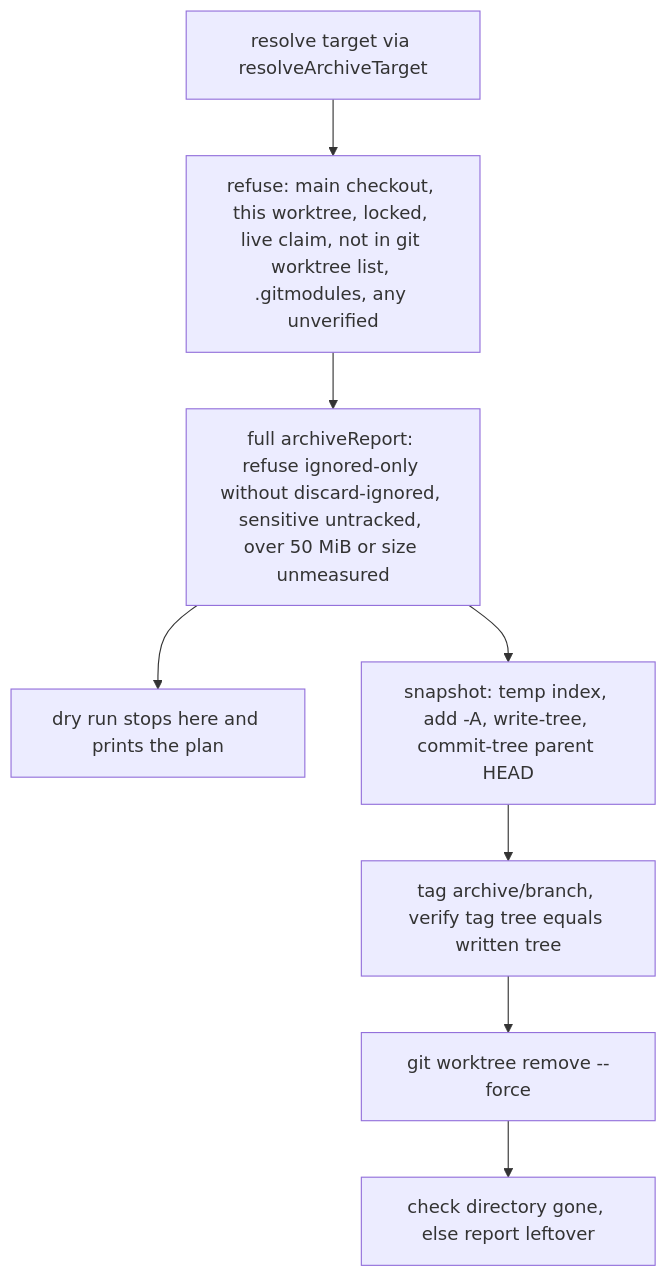
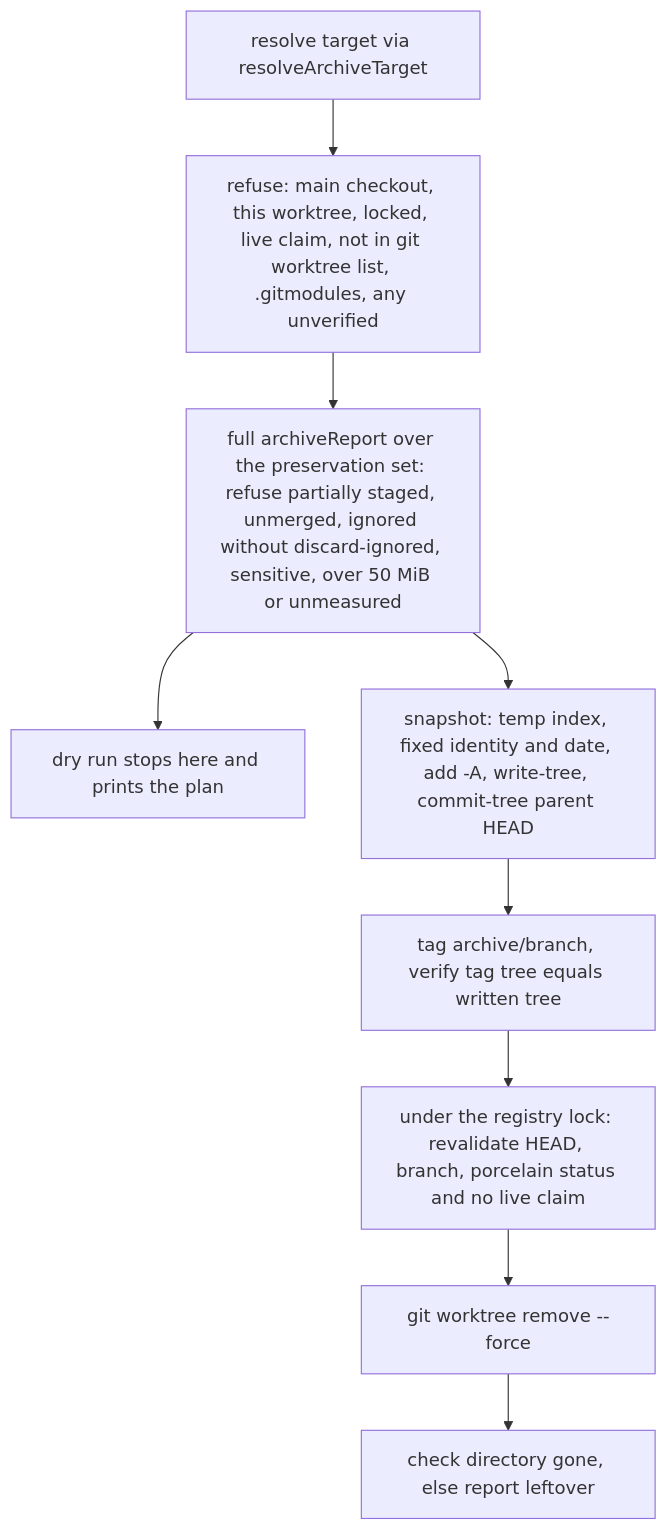
The second of 2 diagrams in docs/plans/fleet-unclaimed-work-and-switch-friction.md (Lbstrydom/claude-engineering-skills), drawn with Mermaid before and after one commit. The commit also changed other lines of this file, not shown here.

Commit message:
plan: audit-plan round 1 fixes (verdict contract, footer reads a cache, archive preservation and revalidation)

````diff
--- a/docs/plans/fleet-unclaimed-work-and-switch-friction.md
+++ b/docs/plans/fleet-unclaimed-work-and-switch-friction.md
@@ -136,10 +151,11 @@
 ```mermaid
 graph TD
   A["resolve target via resolveArchiveTarget"] --> B["refuse: main checkout, this worktree, locked, live claim, not in git worktree list, .gitmodules, any unverified"]
-  B --> C["full archiveReport: refuse ignored-only without discard-ignored, sensitive untracked, over 50 MiB or size unmeasured"]
+  B --> C["full archiveReport over the preservation set: refuse partially staged, unmerged, ignored without discard-ignored, sensitive, over 50 MiB or unmeasured"]
   C --> D["dry run stops here and prints the plan"]
-  C --> E["snapshot: temp index, add -A, write-tree, commit-tree parent HEAD"]
+  C --> E["snapshot: temp index, fixed identity and date, add -A, write-tree, commit-tree parent HEAD"]
   E --> F["tag archive/branch, verify tag tree equals written tree"]
-  F --> G["git worktree remove --force"]
-  G --> H["check directory gone, else report leftover"]
+  F --> G["under the registry lock: revalidate HEAD, branch, porcelain status and no live claim"]
+  G --> H["git worktree remove --force"]
+  H --> I["check directory gone, else report leftover"]
 ```
````
